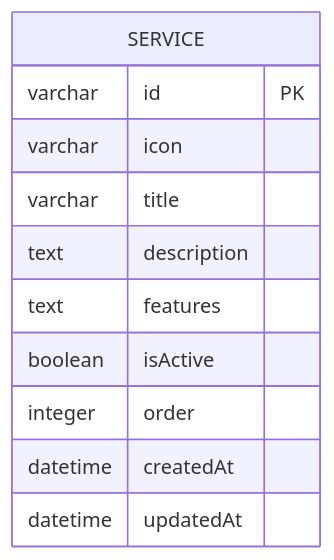
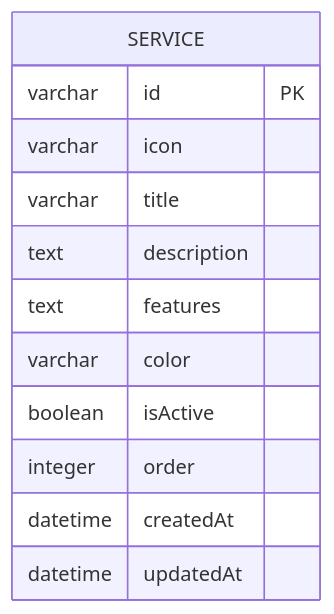
Before and after one commit to javacode1234/smmmTanitimBireysel02WithQoder: the first of 2 diagrams in .qoder/repowiki/en/content/Content Management System/Services Management.md, drawn with Mermaid. The commit also changed other lines of this file and 6 other files, not shown here.

````diff
--- a/.qoder/repowiki/en/content/Content Management System/Services Management.md
+++ b/.qoder/repowiki/en/content/Content Management System/Services Management.md
@@ -30,14 +40,15 @@
 ```mermaid
 erDiagram
 SERVICE {
 varchar id PK
 varchar icon
 varchar title
 text description
 text features
+varchar color
 boolean isActive
 integer order
 datetime createdAt
 datetime updatedAt
 }
 ```
````
